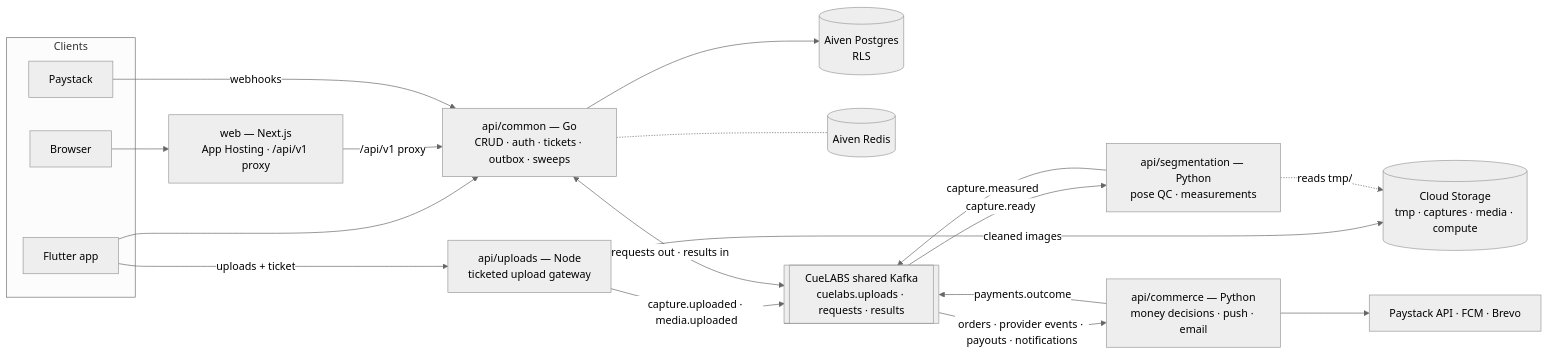
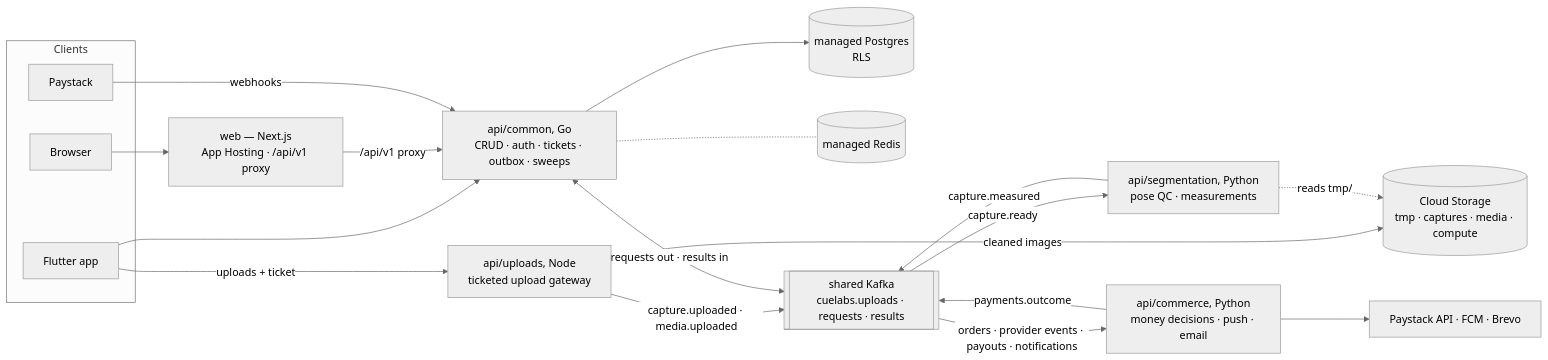
Before and after one commit to cuesoftinc/apparule: the first of 4 diagrams in docs/architecture.md, drawn with Mermaid (neutral theme). The commit also changed other lines of this file and 28 other files, not shown here.

````diff
--- a/docs/architecture.md
+++ b/docs/architecture.md
@@ -10,38 +10,38 @@
 ```mermaid
 flowchart LR
     subgraph Clients
         APP[Flutter app]
         BR[Browser]
         PS[Paystack]
     end
 
     WEB[web — Next.js<br/>App Hosting · /api/v1 proxy]
 
-    COMMON[api/common — Go<br/>CRUD · auth · tickets · outbox · sweeps]
-    UP[api/uploads — Node<br/>ticketed upload gateway]
-    SEG[api/segmentation — Python<br/>pose QC · measurements]
-    COM[api/commerce — Python<br/>money decisions · push · email]
+    COMMON[api/common, Go<br/>CRUD · auth · tickets · outbox · sweeps]
+    UP[api/uploads, Node<br/>ticketed upload gateway]
+    SEG[api/segmentation, Python<br/>pose QC · measurements]
+    COM[api/commerce, Python<br/>money decisions · push · email]
 
-    PG[(Aiven Postgres<br/>RLS)]
+    PG[(managed Postgres<br/>RLS)]
     GCS[(Cloud Storage<br/>tmp · captures · media · compute)]
-    R[(Aiven Redis)]
-    K[[CueLABS shared Kafka<br/>cuelabs.uploads · requests · results]]
+    R[(managed Redis)]
+    K[[shared Kafka<br/>cuelabs.uploads · requests · results]]
 
     APP --> COMMON
     BR --> WEB
     WEB -->|/api/v1 proxy| COMMON
     PS -->|webhooks| COMMON
     APP -->|uploads + ticket| UP
 
     UP -->|cleaned images| GCS
     UP -->|capture.uploaded · media.uploaded| K
     COMMON --> PG
     COMMON -.- R
     COMMON <-->|requests out · results in| K
     K -->|capture.ready| SEG
     SEG -.->|reads tmp/| GCS
     SEG -->|capture.measured| K
     K -->|orders · provider events · payouts · notifications| COM
     COM -->|payments.outcome| K
     COM --> EXT[Paystack API · FCM · Brevo]
 ```
````
